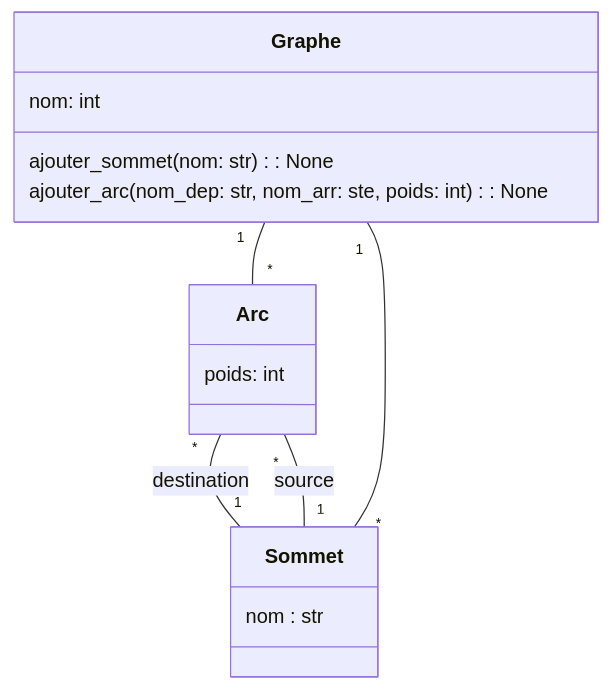
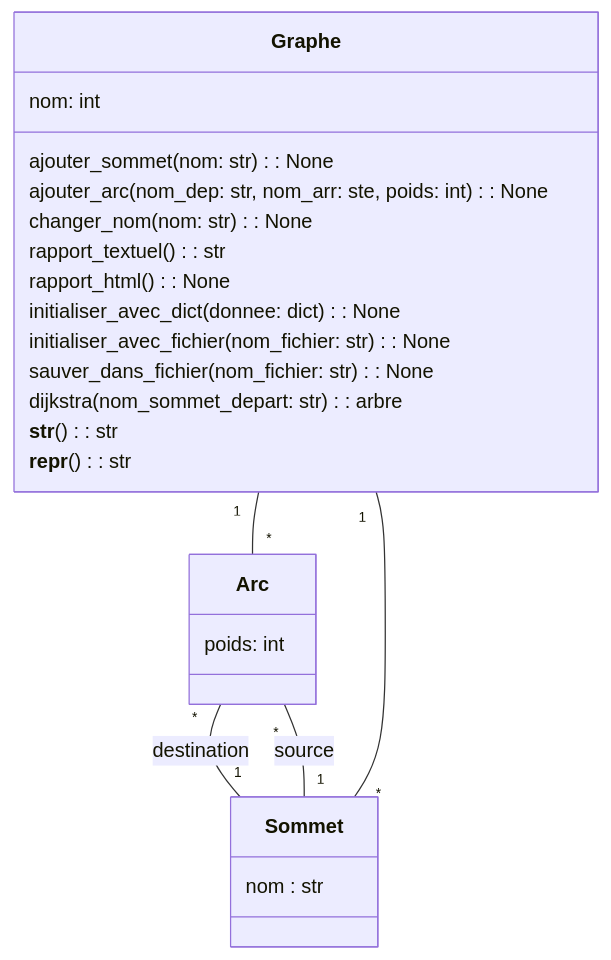
The diagram in _sources/content/4_projet.md (bruno2nis/ldd3_104_info), drawn with Mermaid before and after one commit. The commit also changed other lines of this file and 28 other files, not shown here.

````diff
--- a/_sources/content/4_projet.md
+++ b/_sources/content/4_projet.md
@@ -13,22 +131,30 @@
 ```{mermaid}
 classDiagram
     Arc "*" -- "1" Sommet: destination
     Arc "*" -- "1" Sommet: source
     Graphe "1" -- "*" Arc
     Graphe "1" -- "*" Sommet
 
     class Graphe{
         nom: int
-        ajouter_sommet(nom: str) : None
-        ajouter_arc(nom_dep: str, nom_arr: ste, poids: int) : None
+        ajouter_sommet(nom: str): None
+        ajouter_arc(nom_dep: str, nom_arr: ste, poids: int): None
+        changer_nom(nom: str): None
+        rapport_textuel(): str
+        rapport_html(): None
+        initialiser_avec_dict(donnee: dict): None
+        initialiser_avec_fichier(nom_fichier: str): None
+        sauver_dans_fichier(nom_fichier: str): None
+        dijkstra(nom_sommet_depart: str): arbre
+        __str__(): str
+        __repr__(): str
     }
 
     class Arc{
         poids: int
     }
 
     class Sommet{
         nom : str
     }
-
 ```
````
